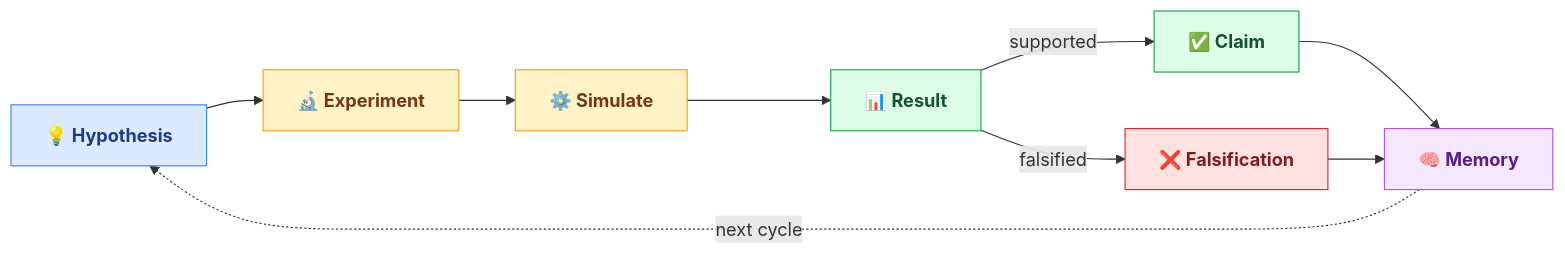
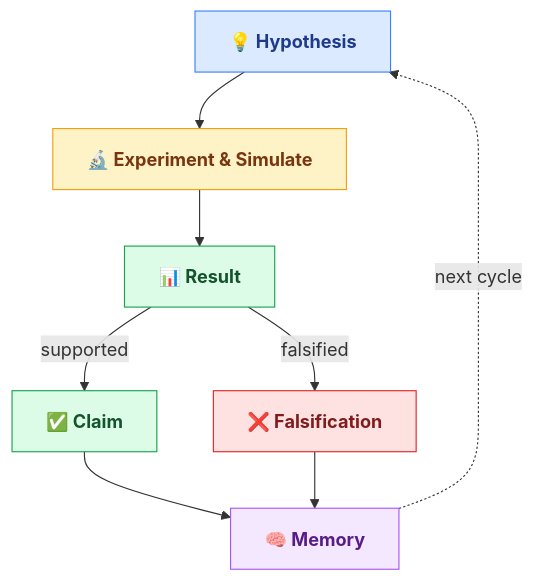
Before and after one commit to open-agent-science/autonomous-physics-lab: the first of 3 diagrams in README.md, drawn with Mermaid.

Commit message:
docs(task-0095): merge Experiment+Simulate nodes to reduce TD height
Reduces vertical levels from 6 to 5 by combining Experiment and Simulate
into one node — simulate is part of the experiment process. TD layout,
moderate horizontal rectangle proportions.

https://claude.ai/code/session_01PjxdjDSY2dGC76XBu3xavR

````diff
--- a/README.md
+++ b/README.md
@@ -13,14 +13,14 @@
 ```mermaid
-flowchart LR
+flowchart TD
     classDef hyp fill:#dbeafe,stroke:#3b82f6,color:#1e3a8a,font-weight:bold
     classDef exp fill:#fef3c7,stroke:#f59e0b,color:#78350f,font-weight:bold
     classDef res fill:#dcfce7,stroke:#16a34a,color:#14532d,font-weight:bold
     classDef bad fill:#fee2e2,stroke:#dc2626,color:#7f1d1d,font-weight:bold
     classDef mem fill:#f3e8ff,stroke:#a855f7,color:#581c87,font-weight:bold
 
-    H["💡 Hypothesis"]:::hyp --> E["🔬 Experiment"]:::exp --> S["⚙️ Simulate"]:::exp --> R["📊 Result"]:::res
+    H["💡 Hypothesis"]:::hyp --> E["🔬 Experiment & Simulate"]:::exp --> R["📊 Result"]:::res
     R -->|"supported"| C["✅ Claim"]:::res
     R -->|"falsified"| F["❌ Falsification"]:::bad
     C & F --> M["🧠 Memory"]:::mem
     M -.->|"next cycle"| H
 ```
````
